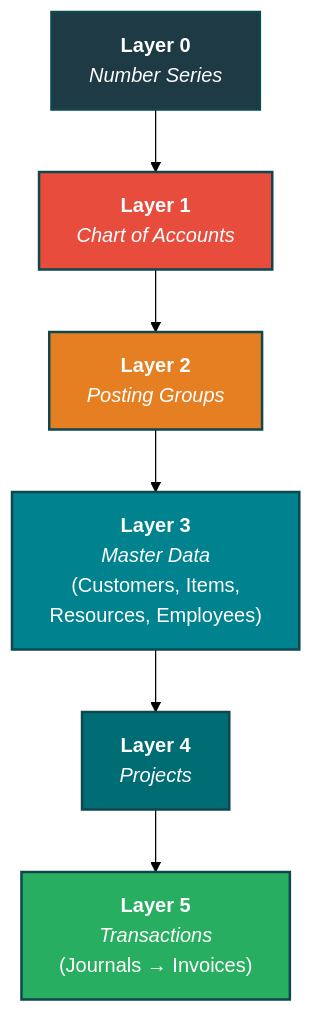
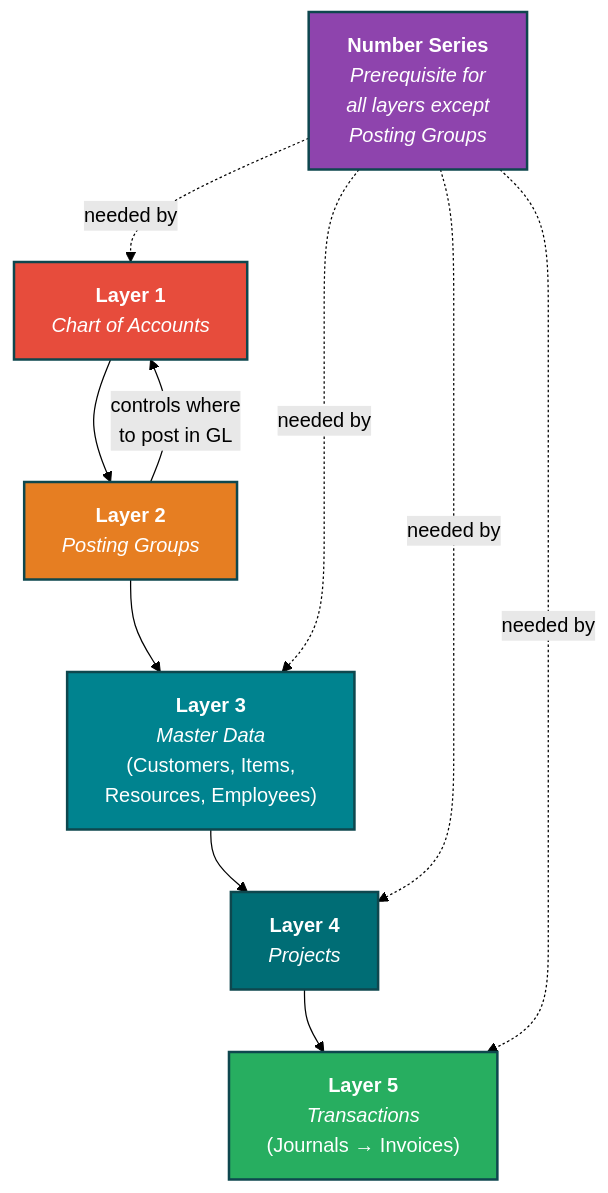
The first of 6 diagrams in ai/reports/bc-best-practice-playbook.md (tentixo/chris-business-central), drawn with Mermaid (forest theme) before and after one commit. The commit also changed other lines of this file and 3 other files, not shown here.

````diff
--- a/ai/reports/bc-best-practice-playbook.md
+++ b/ai/reports/bc-best-practice-playbook.md
@@ -27,18 +28,25 @@
 ```mermaid
 graph TD
-    L0["<b>Layer 0</b><br/><i>Number Series</i>"]
+    NS["<b>Number Series</b><br/><i>Prerequisite for<br/>all layers except<br/>Posting Groups</i>"]
     L1["<b>Layer 1</b><br/><i>Chart of Accounts</i>"]
     L2["<b>Layer 2</b><br/><i>Posting Groups</i>"]
     L3["<b>Layer 3</b><br/><i>Master Data</i><br/>(Customers, Items,<br/>Resources, Employees)"]
     L4["<b>Layer 4</b><br/><i>Projects</i>"]
     L5["<b>Layer 5</b><br/><i>Transactions</i><br/>(Journals → Invoices)"]
 
-    L0 --> L1 --> L2 --> L3 --> L4 --> L5
+    L1 --> L2
+    L2 -->|"controls where<br/>to post in GL"| L1
+    L2 --> L3 --> L4 --> L5
 
-    style L0 fill:#1E3A45,stroke:#0E474E,stroke-width:2px,color:#fff
+    NS -.->|"needed by"| L1
+    NS -.->|"needed by"| L3
+    NS -.->|"needed by"| L4
+    NS -.->|"needed by"| L5
+
+    style NS fill:#8E44AD,stroke:#0E474E,stroke-width:2px,color:#fff
     style L1 fill:#E74C3C,stroke:#0E474E,stroke-width:2px,color:#fff
     style L2 fill:#E67E22,stroke:#0E474E,stroke-width:2px,color:#fff
     style L3 fill:#00838F,stroke:#0E474E,stroke-width:2px,color:#fff
     style L4 fill:#006D75,stroke:#0E474E,stroke-width:2px,color:#fff
     style L5 fill:#27AE60,stroke:#0E474E,stroke-width:2px,color:#fff
 ```
````
